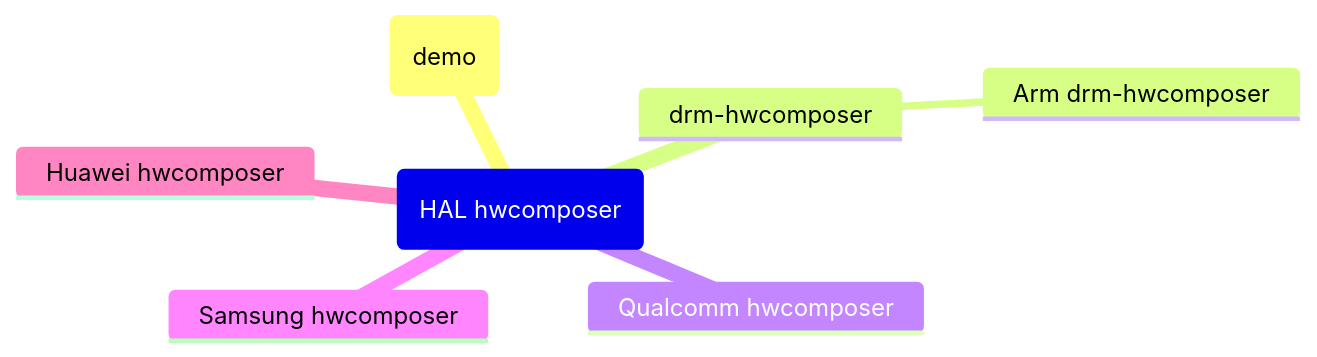
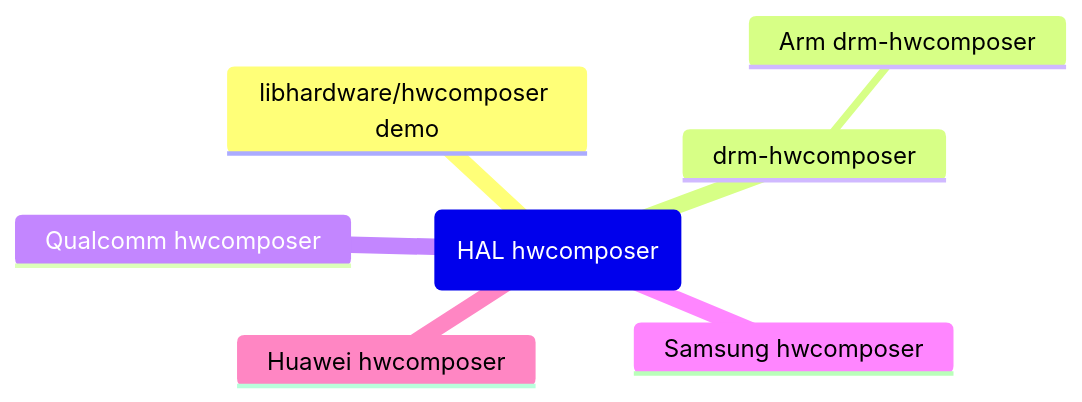
Before and after one commit to lucmann/lucmann.github.io: the second of 2 diagrams in source/_posts/gfx/hal.md, drawn with Mermaid.

Commit message:
gfx: HAL hwcomposer fix mindmap diagram

````diff
--- a/source/_posts/gfx/hal.md
+++ b/source/_posts/gfx/hal.md
@@ -58,10 +58,10 @@
 ```mermaid
 mindmap
   root(HAL hwcomposer)
-    AOSP hwcomposer (demo)
+    libhardware/hwcomposer demo
     drm-hwcomposer
       Arm drm-hwcomposer
     Qualcomm hwcomposer
     Samsung hwcomposer
     Huawei hwcomposer
 ```
````
